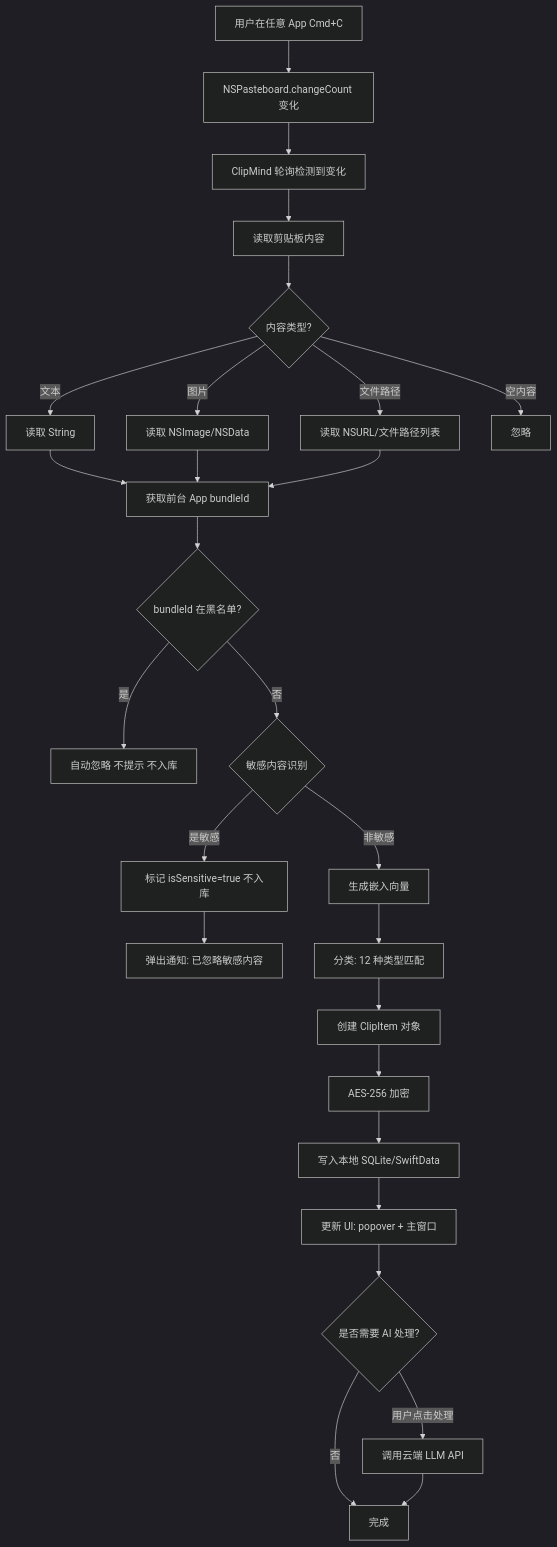
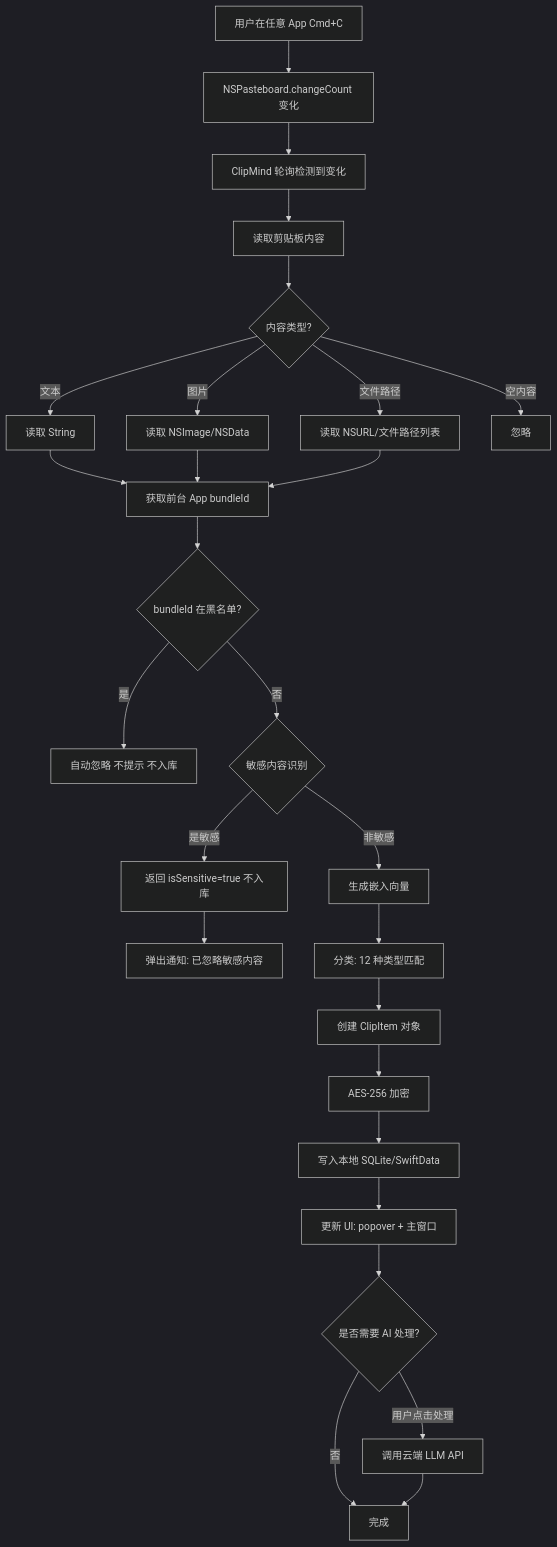
One commit to marcocpt/ClipMind changed the third of 13 diagrams in docs/planning/P0/F1/F1_ClipMind_设计规范.md. Above: the diagram before and after it, drawn with Mermaid (dark theme). The commit also changed other lines of this file, not shown here.

````diff
--- a/docs/planning/P0/F1/F1_ClipMind_设计规范.md
+++ b/docs/planning/P0/F1/F1_ClipMind_设计规范.md
@@ -205,33 +205,33 @@
 ```mermaid
 flowchart TD
     A[用户在任意 App Cmd+C] --> B[NSPasteboard.changeCount 变化]
     B --> C[ClipMind 轮询检测到变化]
     C --> D[读取剪贴板内容]
     D --> D1{内容类型?}
     D1 -- 文本 --> D2[读取 String]
     D1 -- 图片 --> D3[读取 NSImage/NSData]
     D1 -- 文件路径 --> D4[读取 NSURL/文件路径列表]
     D1 -- 空内容 --> E[忽略]
     
     D2 --> F[获取前台 App bundleId]
     D3 --> F
     D4 --> F
     
     F --> G{bundleId 在黑名单?}
     G -- 是 --> H[自动忽略 不提示 不入库]
     G -- 否 --> I{敏感内容识别}
     
-    I -- 是敏感 --> J[标记 isSensitive=true 不入库]
+    I -- 是敏感 --> J[返回 isSensitive=true 不入库]
     J --> K[弹出通知: 已忽略敏感内容]
     I -- 非敏感 --> L[生成嵌入向量]
     
     L --> M[分类: 12 种类型匹配]
     M --> N[创建 ClipItem 对象]
     N --> O[AES-256 加密]
     O --> P[写入本地 SQLite/SwiftData]
     P --> Q[更新 UI: popover + 主窗口]
     Q --> R{是否需要 AI 处理?}
     R -- 用户点击处理 --> S[调用云端 LLM API]
     R -- 否 --> T[完成]
     S --> T
 ```
````
